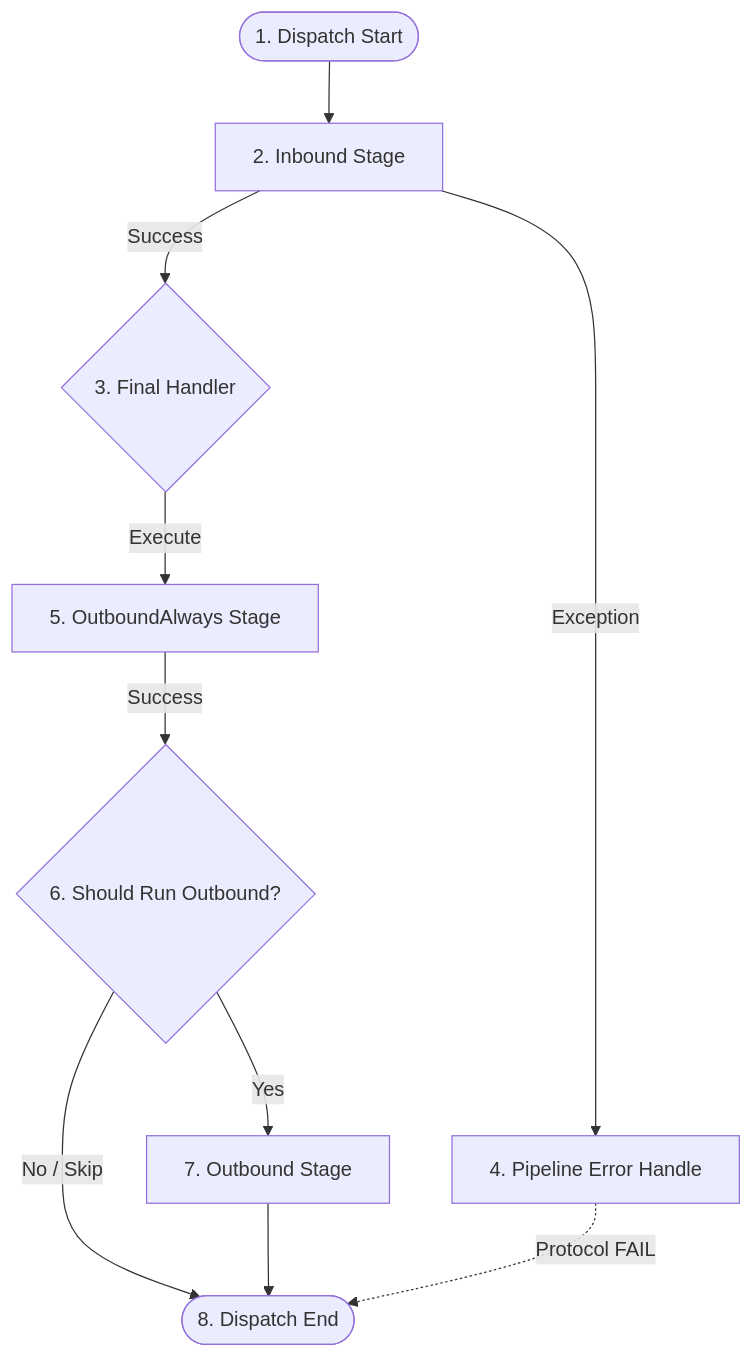
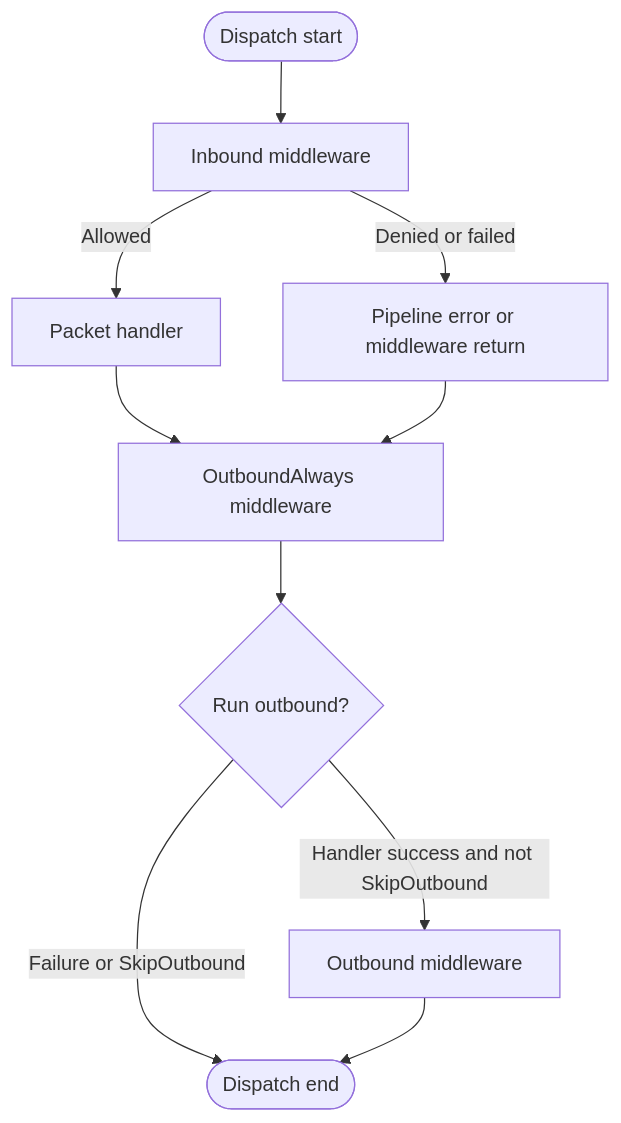
One commit to ppn-systems/Nalix changed the diagram in docs/api/runtime/middleware/index.md. Above: the diagram before and after it, drawn with Mermaid. The commit also changed other lines of this file and 114 other files, not shown here.

````diff
--- a/docs/api/runtime/middleware/index.md
+++ b/docs/api/runtime/middleware/index.md
@@ -9,16 +17,12 @@
 ```mermaid
 flowchart TD
-    Start([1. Dispatch Start]) --> Inbound[2. Inbound Stage]
-    
-    Inbound -->|Success| Handler{3. Final Handler}
-    Inbound -->|Exception| Error[4. Pipeline Error Handle]
-    
-    Handler -->|Execute| Always[5. OutboundAlways Stage]
-    Always -->|Success| Decision{6. Should Run Outbound?}
-
-    Decision -->|Yes| Outbound[7. Outbound Stage]
-    Decision -->|No / Skip| End([8. Dispatch End])
-    
+    Start([Dispatch start]) --> Inbound[Inbound middleware]
+    Inbound -->|Allowed| Handler[Packet handler]
+    Inbound -->|Denied or failed| Error[Pipeline error or middleware return]
+    Handler --> Always[OutboundAlways middleware]
+    Always --> Decision{Run outbound?}
+    Decision -->|Handler success and not SkipOutbound| Outbound[Outbound middleware]
+    Decision -->|Failure or SkipOutbound| End([Dispatch end])
     Outbound --> End
-    Error -.->|Protocol FAIL| End
+    Error --> Always
 ```
````
